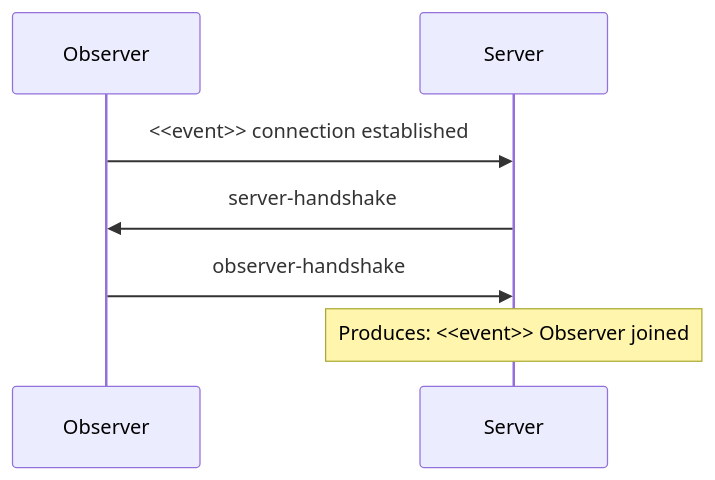
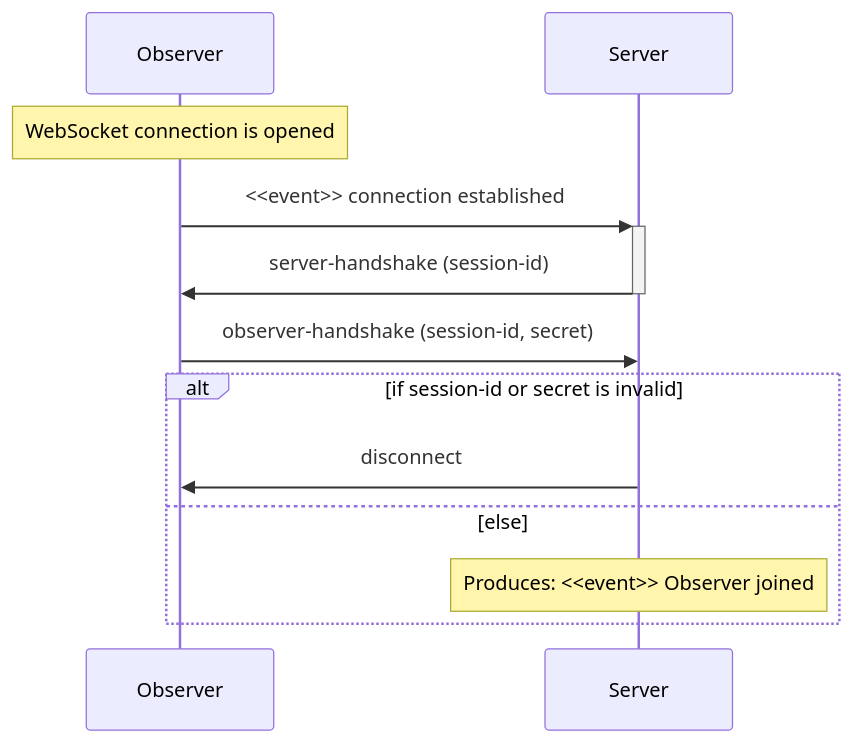
Before and after one commit to robocode-dev/tank-royale: the third of 12 diagrams in schema/schemas/README.md, drawn with Mermaid. The commit also changed other lines of this file, not shown here.

Commit message:
Updated README.md for the schema.

````diff
--- a/schema/schemas/README.md
+++ b/schema/schemas/README.md
@@ -54,7 +62,12 @@
 ```mermaid
 sequenceDiagram
-    Observer->>Server: <<event>> connection established
-    Server->>Observer: server-handshake
-    Observer->>Server: observer-handshake
-    Note over Server: Produces: <<event>> Observer joined
+    Note over Observer: WebSocket connection is opened
+    Observer->>+Server: <<event>> connection established
+    Server->>-Observer: server-handshake (session-id)
+    Observer->>Server: observer-handshake (session-id, secret)
+    alt if session-id or secret is invalid
+        Server->>Observer: disconnect
+    else else
+        Note over Server: Produces: <<event>> Observer joined
+    end
 ```
````
